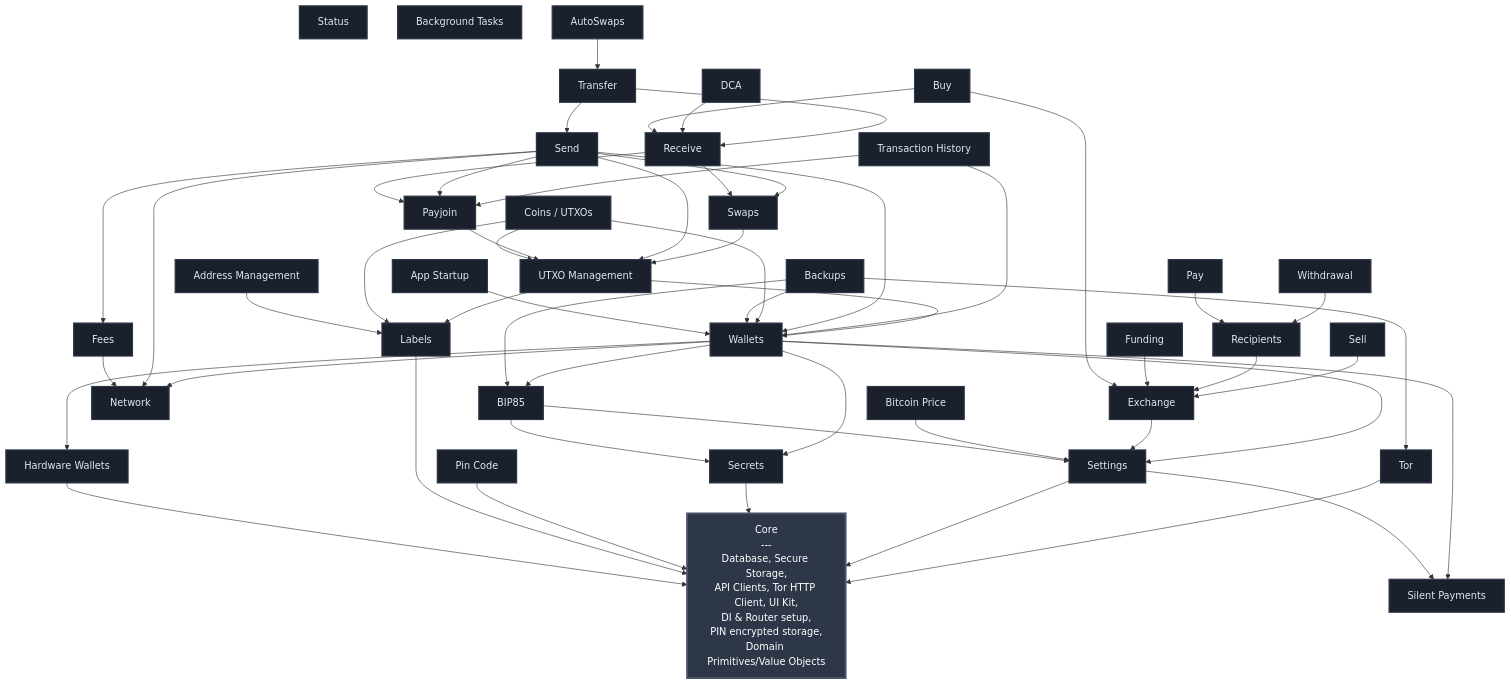
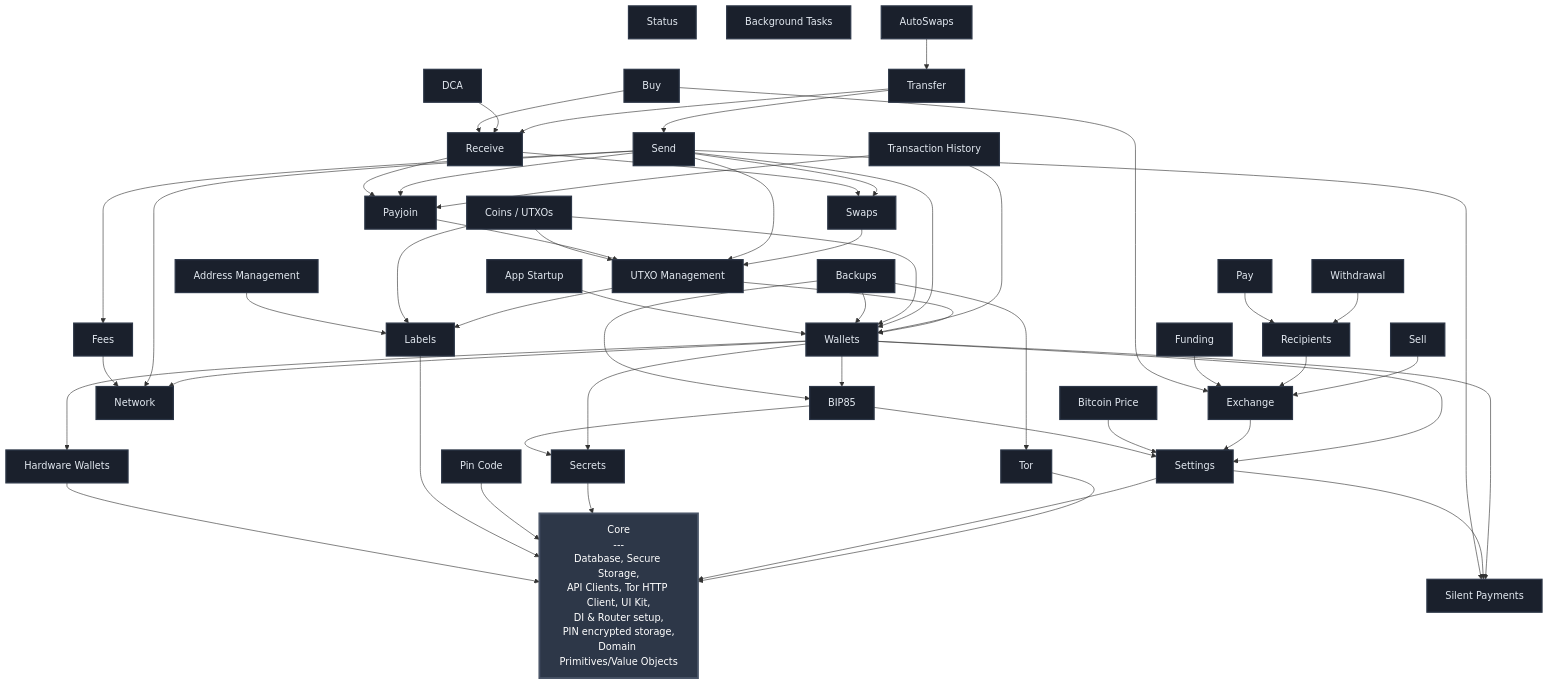
One commit to SatoshiPortal/bullbitcoin-mobile changed the diagram in FEATURES.md. Above: the diagram before and after it, drawn with Mermaid. The commit also changed 38 other files, not shown here.

```diff
--- a/FEATURES.md
+++ b/FEATURES.md
@@ -82,6 +82,7 @@
     SEND --> FEES
     SEND --> NETWORK
     SEND --> PAYJOIN
+    SEND --> SP
     SEND --> SWAPS
     SEND --> UTXO_MGMT
     SEND --> WALLETS
```
